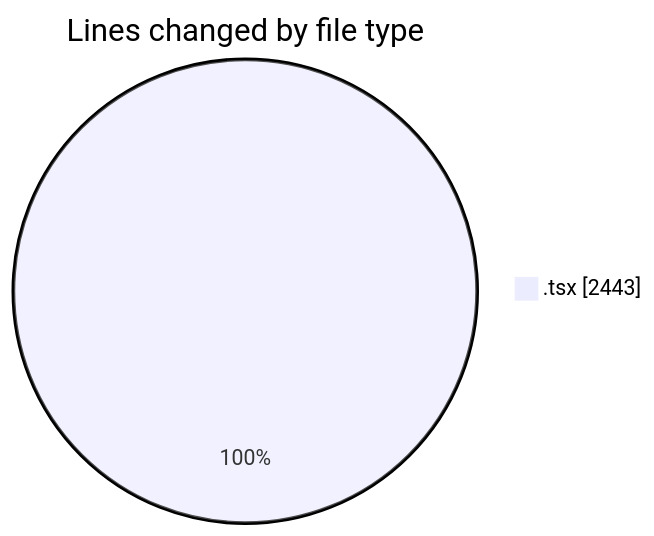
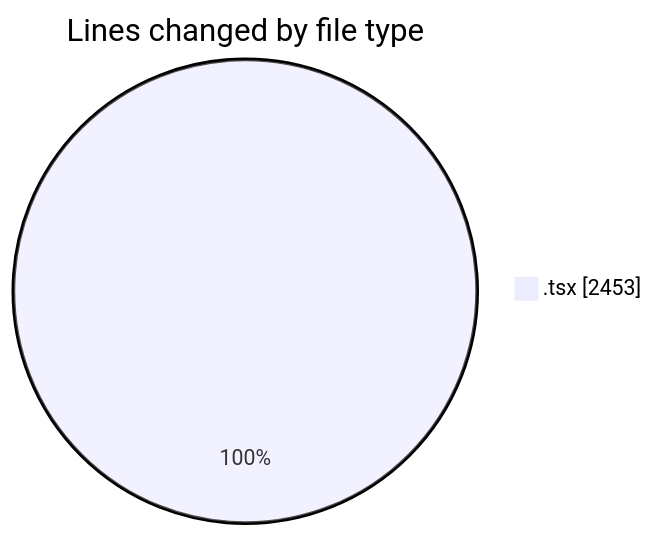
The first of 2 diagrams in 2025-11-17/cda/README.md (momahboobian/code-tracking), drawn with Mermaid before and after one commit. The commit also changed other lines of this file and 1 other file, not shown here.

````diff
--- a/2025-11-17/cda/README.md
+++ b/2025-11-17/cda/README.md
@@ -20,5 +20,5 @@
 ```mermaid
 pie showData
 title Lines changed by file type
-".tsx" : 2443
+".tsx" : 2453
 ```
````
